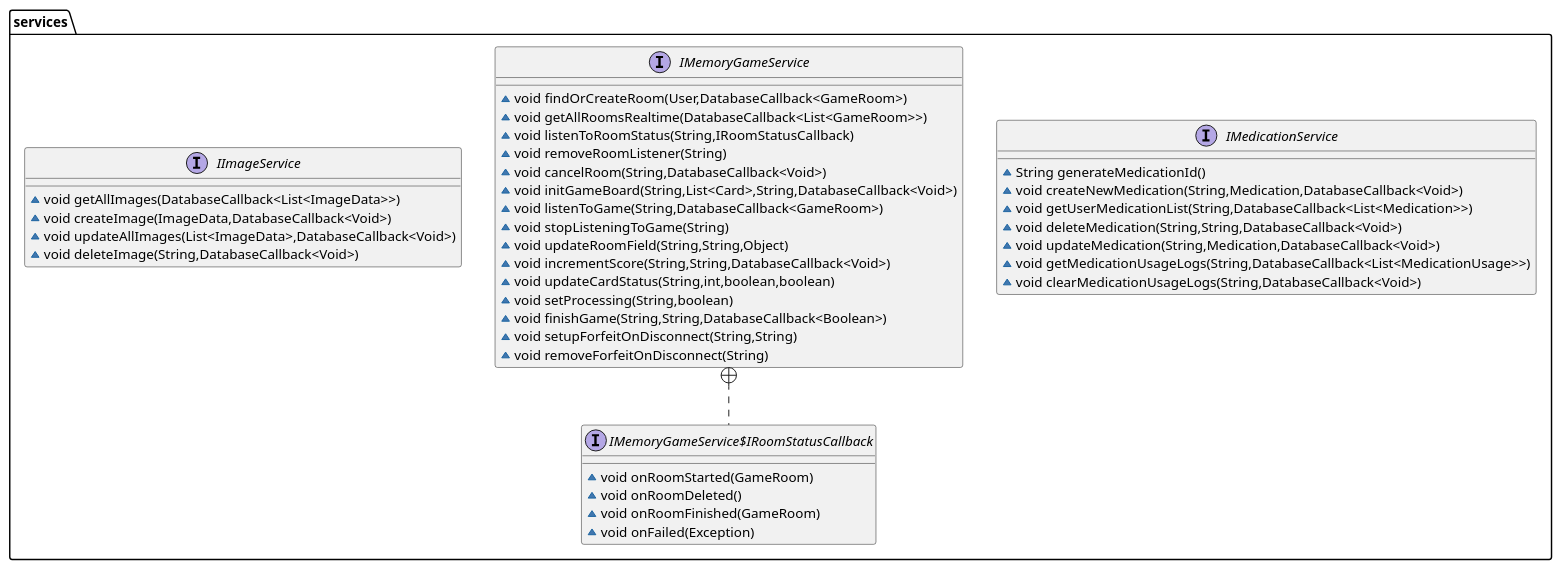
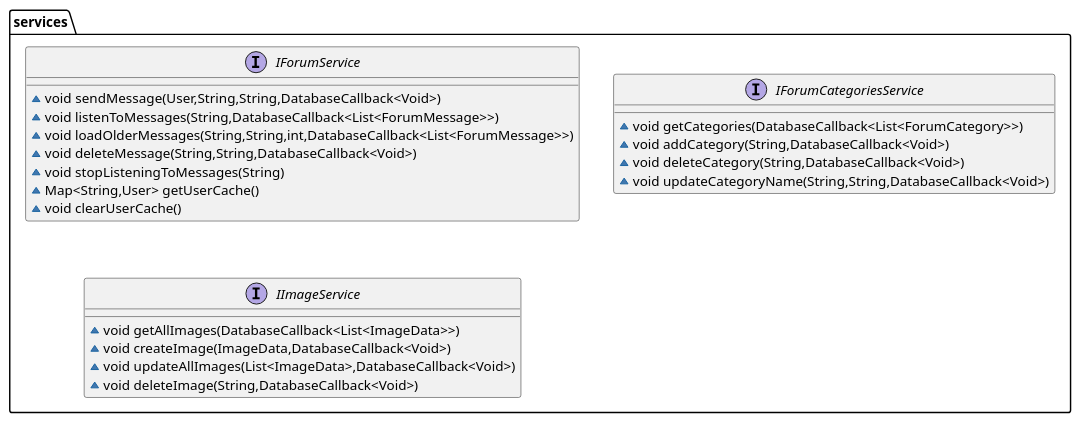
The diagram in umls/services3.puml (sagiv23/ShvilHazhav), drawn with PlantUML before and after one commit. The commit also changed 11 other files, not shown here.

```diff
--- a/umls/services3.puml
+++ b/umls/services3.puml
@@ -1,47 +1,26 @@
 @startuml
-interface services.IMedicationService {
-~ String generateMedicationId()
-~ void createNewMedication(String,Medication,DatabaseCallback<Void>)
-~ void getUserMedicationList(String,DatabaseCallback<List<Medication>>)
-~ void deleteMedication(String,String,DatabaseCallback<Void>)
-~ void updateMedication(String,Medication,DatabaseCallback<Void>)
-~ void getMedicationUsageLogs(String,DatabaseCallback<List<MedicationUsage>>)
-~ void clearMedicationUsageLogs(String,DatabaseCallback<Void>)
+interface services.IForumService {
+~ void sendMessage(User,String,String,DatabaseCallback<Void>)
+~ void listenToMessages(String,DatabaseCallback<List<ForumMessage>>)
+~ void loadOlderMessages(String,String,int,DatabaseCallback<List<ForumMessage>>)
+~ void deleteMessage(String,String,DatabaseCallback<Void>)
+~ void stopListeningToMessages(String)
+~ Map<String,User> getUserCache()
+~ void clearUserCache()
 }
 
-interface services.IMemoryGameService {
-~ void findOrCreateRoom(User,DatabaseCallback<GameRoom>)
-~ void getAllRoomsRealtime(DatabaseCallback<List<GameRoom>>)
-~ void listenToRoomStatus(String,IRoomStatusCallback)
-~ void removeRoomListener(String)
-~ void cancelRoom(String,DatabaseCallback<Void>)
-~ void initGameBoard(String,List<Card>,String,DatabaseCallback<Void>)
-~ void listenToGame(String,DatabaseCallback<GameRoom>)
-~ void stopListeningToGame(String)
-~ void updateRoomField(String,String,Object)
-~ void incrementScore(String,String,DatabaseCallback<Void>)
-~ void updateCardStatus(String,int,boolean,boolean)
-~ void setProcessing(String,boolean)
-~ void finishGame(String,String,DatabaseCallback<Boolean>)
-~ void setupForfeitOnDisconnect(String,String)
-~ void removeForfeitOnDisconnect(String)
-}
-
-interface services.IMemoryGameService$IRoomStatusCallback {
-~ void onRoomStarted(GameRoom)
-~ void onRoomDeleted()
-~ void onRoomFinished(GameRoom)
-~ void onFailed(Exception)
+interface services.IForumCategoriesService {
+~ void getCategories(DatabaseCallback<List<ForumCategory>>)
+~ void addCategory(String,DatabaseCallback<Void>)
+~ void deleteCategory(String,DatabaseCallback<Void>)
+~ void updateCategoryName(String,String,DatabaseCallback<Void>)
 }
 
 interface services.IImageService {
 ~ void getAllImages(DatabaseCallback<List<ImageData>>)
 ~ void createImage(ImageData,DatabaseCallback<Void>)
 ~ void updateAllImages(List<ImageData>,DatabaseCallback<Void>)
 ~ void deleteImage(String,DatabaseCallback<Void>)
 }
 
-
-
-services.IMemoryGameService +.. services.IMemoryGameService$IRoomStatusCallback
 @enduml
```
